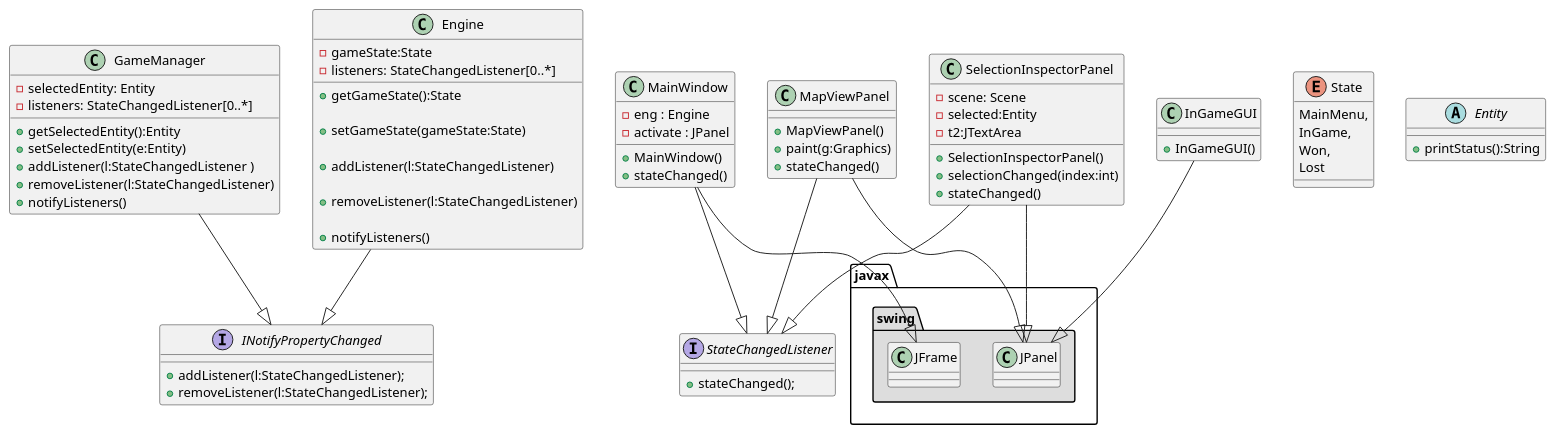
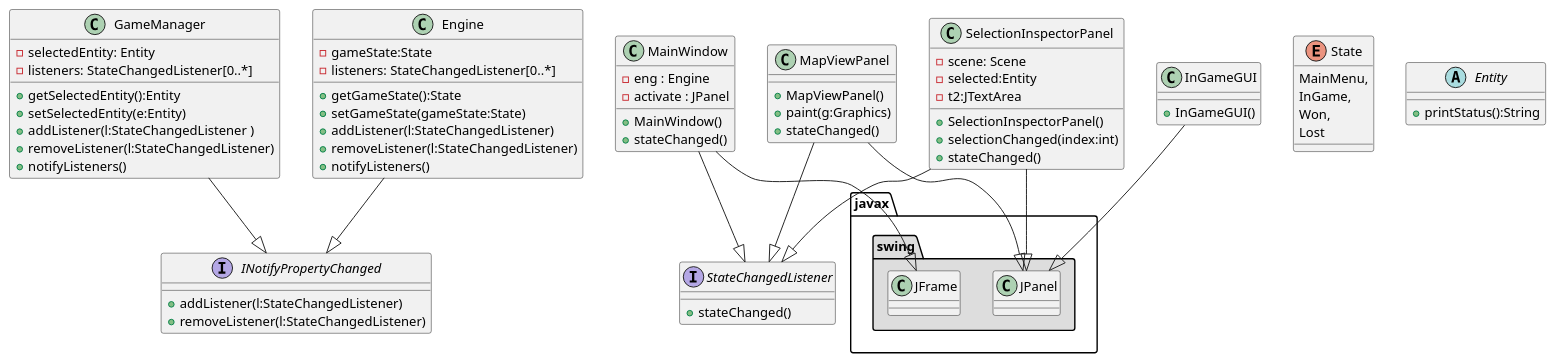
Before and after one commit to viseguard-studios/Documentation: the diagram in docs/bead11/class_diag.puml, drawn with PlantUML. The commit also changed 4 other files, not shown here.

Commit message:
Added diagrams

```diff
--- a/docs/bead11/class_diag.puml
+++ b/docs/bead11/class_diag.puml
@@ -1,107 +1,97 @@
 @startuml
 
 package "javax.swing"#DDDDDD{
 
     class JFrame{
     }
     class JPanel {
         
     }
 }
 
 interface INotifyPropertyChanged {
 
-    +  addListener(l:StateChangedListener);
-    +  removeListener(l:StateChangedListener);
+    +  addListener(l:StateChangedListener)
+    +  removeListener(l:StateChangedListener)
 }
 
 interface StateChangedListener{
-    +  stateChanged();
+    +  stateChanged()
 }
 
 class MainWindow{
     - eng : Engine
     - activate : JPanel
 
     + MainWindow()
     +  stateChanged()    
 }
 MainWindow --|> JFrame
 MainWindow --|> StateChangedListener
 
 class InGameGUI {
     + InGameGUI()
 }
 InGameGUI --|> JPanel
 
 
 class MapViewPanel {
     +MapViewPanel()
     +paint(g:Graphics)
     +stateChanged()
 }
 MapViewPanel --|> StateChangedListener
 MapViewPanel --|> JPanel
 
 class SelectionInspectorPanel  {
 
 
     - scene: Scene
     - selected:Entity 
     - t2:JTextArea 
 
     + SelectionInspectorPanel() 
     + selectionChanged(index:int)
     + stateChanged() 
 }
 SelectionInspectorPanel --|> StateChangedListener
 SelectionInspectorPanel --|> JPanel
 
-
-
-
-
 class GameManager {
     -  selectedEntity: Entity
     - listeners: StateChangedListener[0..*] 
 
     + getSelectedEntity():Entity
     + setSelectedEntity(e:Entity)
-
-    
     +  addListener(l:StateChangedListener ) 
     +  removeListener(l:StateChangedListener)
     +  notifyListeners()
 }
 GameManager --|> INotifyPropertyChanged
-
 
 
 enum State{
     MainMenu,
     InGame,
     Won,
     Lost
 }
 
 class Engine  {
     - gameState:State 
     - listeners: StateChangedListener[0..*] 
 
     + getGameState():State 
-
     + setGameState(gameState:State) 
-
     + addListener(l:StateChangedListener) 
-
     + removeListener(l:StateChangedListener) 
-
     + notifyListeners()
 }
 Engine --|> INotifyPropertyChanged
 
 abstract class Entity {
     + printStatus():String
 }
 
+
 @enduml
```
